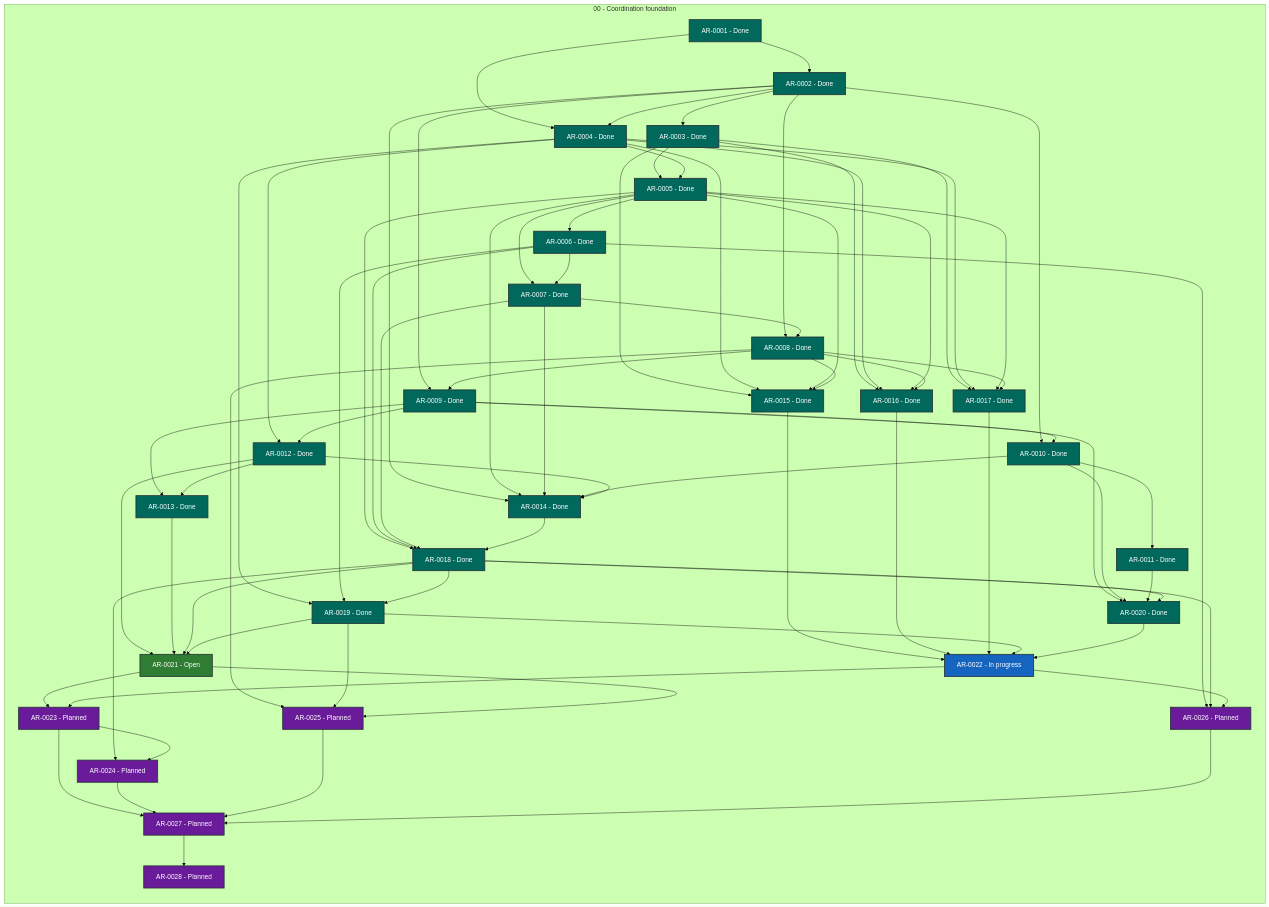
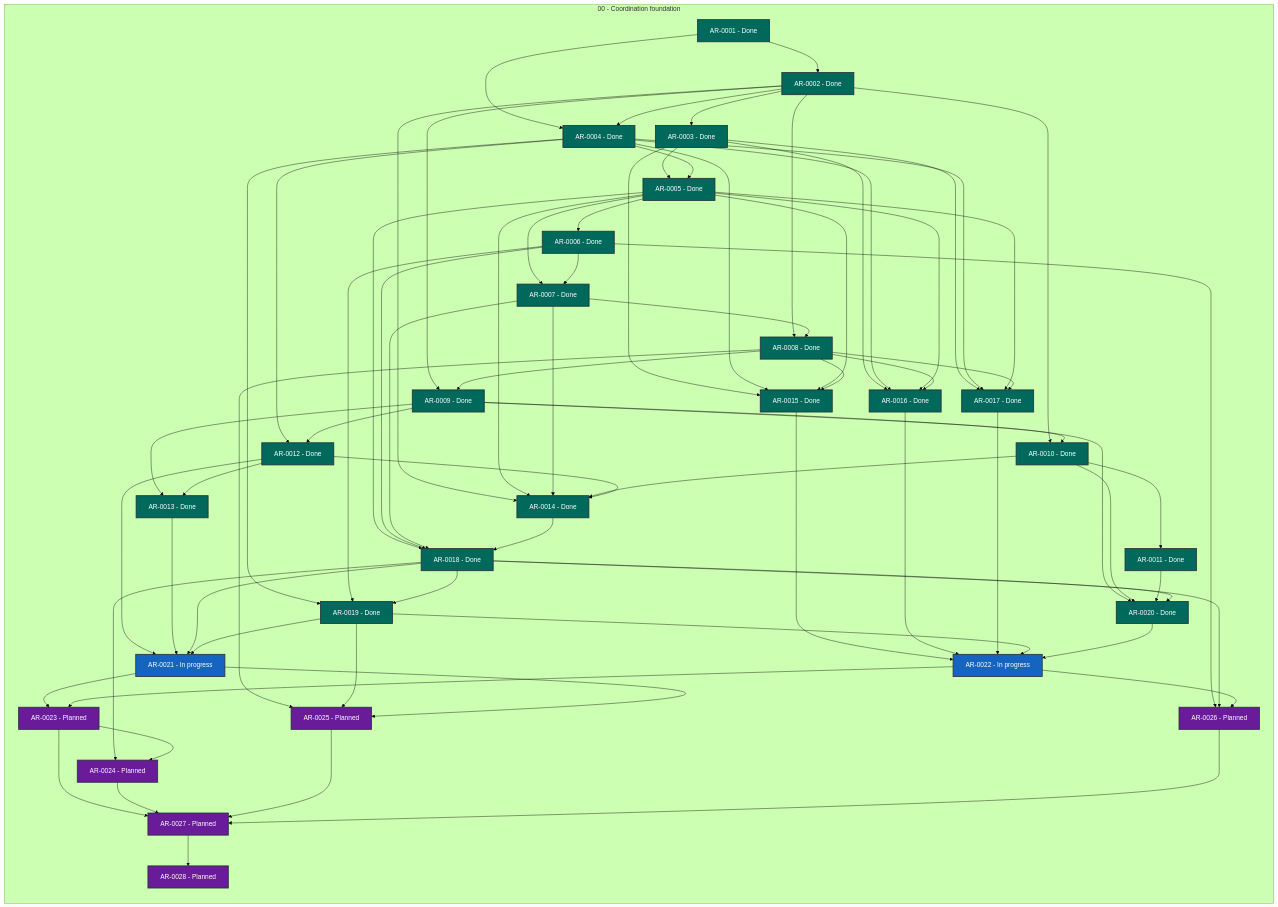
One commit to martin-beck/agent-workflow-runtime-state changed the diagram in STATUS.md. Above: the diagram before and after it, drawn with Mermaid (forest theme). The commit also changed other lines of this file and 2 other files, not shown here.

```diff
--- a/STATUS.md
+++ b/STATUS.md
@@ -48,7 +48,7 @@
         AR_0018["AR-0018 - Done"]:::status_done
         AR_0019["AR-0019 - Done"]:::status_done
         AR_0020["AR-0020 - Done"]:::status_done
-        AR_0021["AR-0021 - Open"]:::status_open
+        AR_0021["AR-0021 - In progress"]:::status_in_progress
         AR_0022["AR-0022 - In progress"]:::status_in_progress
         AR_0023["AR-0023 - Planned"]:::status_planned
         AR_0024["AR-0024 - Planned"]:::status_planned
```
